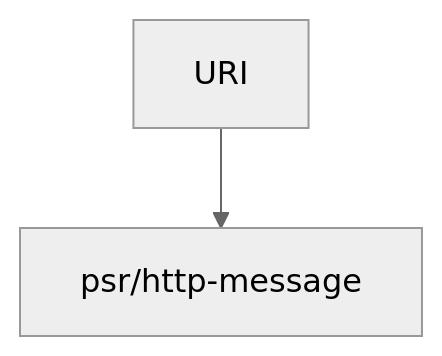
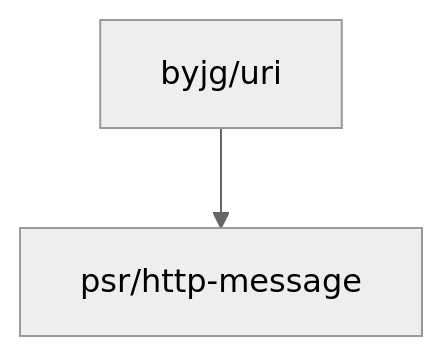
The diagram in php/uri.md (byjg/byjg.github.io), drawn with Mermaid (neutral theme) before and after one commit.

Commit message:
Update documentation 'php' 'uri'

````diff
--- a/php/uri.md
+++ b/php/uri.md
@@ -44,4 +44,4 @@
 ```mermaid
 flowchart TD
-    URI --> psr/http-message
+    byjg/uri --> psr/http-message
 ```
````
